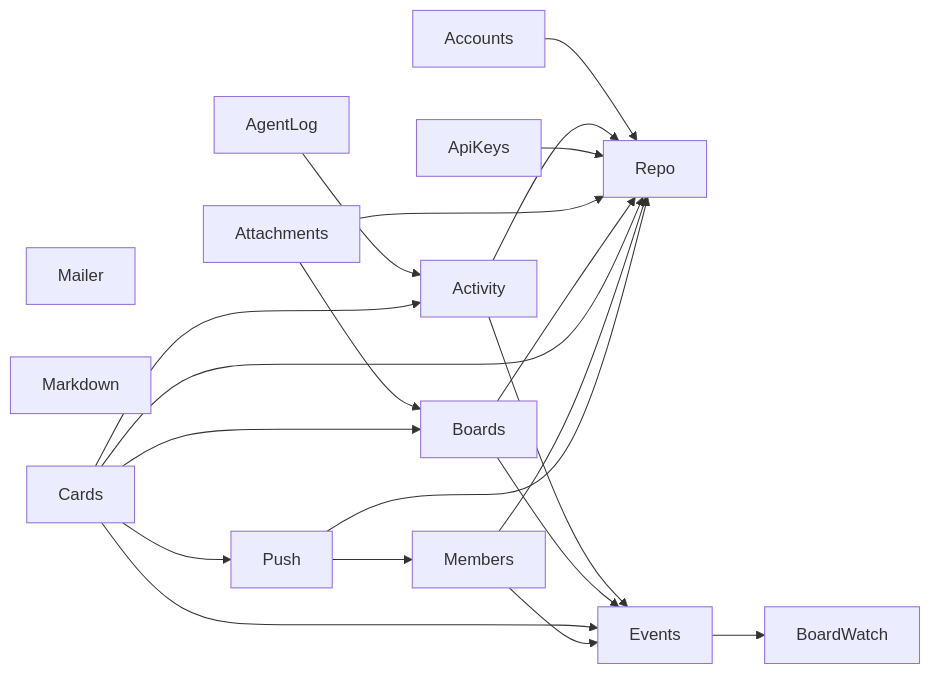
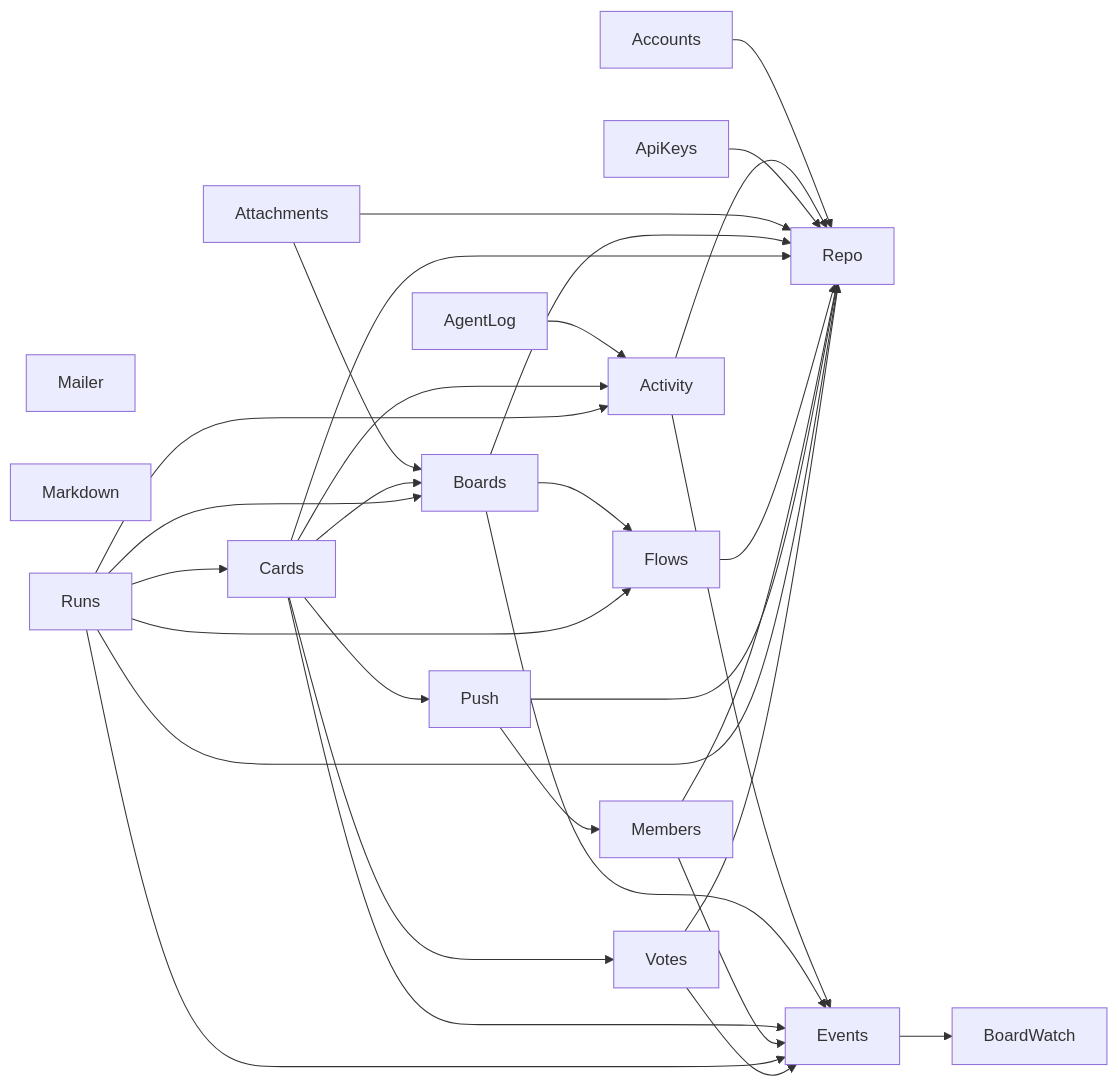
Before and after one commit to jeremylightsmith/relay: the second of 2 diagrams in docs/architecture/deps.md, drawn with Mermaid. The commit also changed 13 other files, not shown here.

````diff
--- a/docs/architecture/deps.md
+++ b/docs/architecture/deps.md
@@ -28,24 +28,35 @@
 ```mermaid
 flowchart LR
     Mailer
     Markdown
     Accounts --> Repo
     Activity --> Events
     Activity --> Repo
     AgentLog --> Activity
     ApiKeys --> Repo
     Attachments --> Boards
     Attachments --> Repo
     Boards --> Events
+    Boards --> Flows
     Boards --> Repo
     Cards --> Activity
     Cards --> Boards
     Cards --> Events
     Cards --> Push
     Cards --> Repo
+    Cards --> Votes
     Events --> BoardWatch
+    Flows --> Repo
     Members --> Events
     Members --> Repo
     Push --> Members
     Push --> Repo
+    Runs --> Activity
+    Runs --> Boards
+    Runs --> Cards
+    Runs --> Events
+    Runs --> Flows
+    Runs --> Repo
+    Votes --> Events
+    Votes --> Repo
 ```
````
